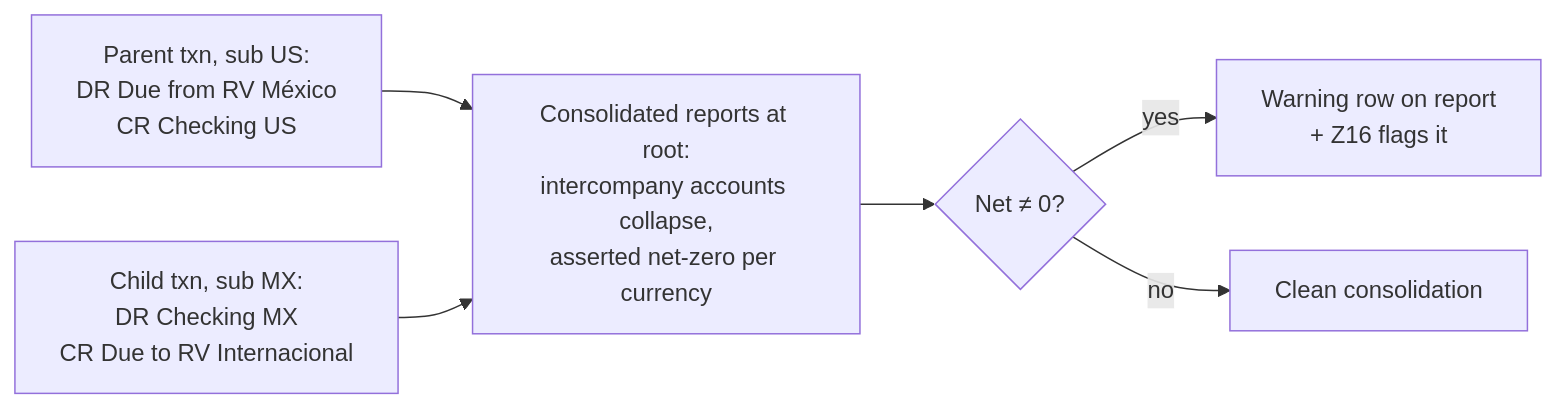
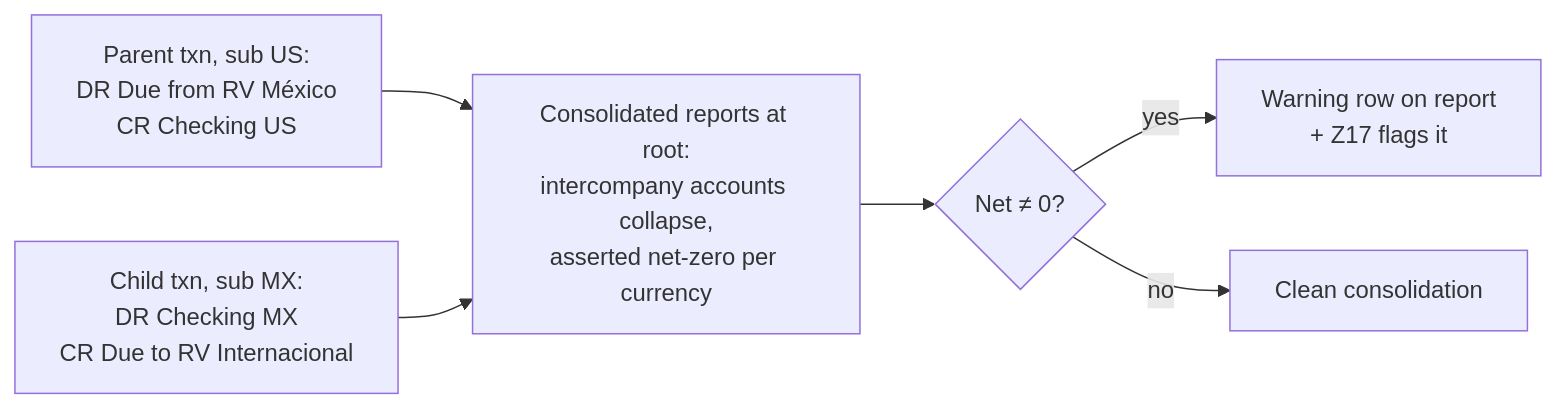
The fifth of 7 diagrams in PLAN.md (epiphenomena/cuento), drawn with Mermaid before and after one commit. The commit also changed other lines of this file and 1 other file, not shown here.

````diff
--- a/PLAN.md
+++ b/PLAN.md
@@ -593,8 +643,8 @@
 ```mermaid
 flowchart LR
   A[Parent txn, sub US:<br/>DR Due from RV México<br/>CR Checking US] --> C
   B[Child txn, sub MX:<br/>DR Checking MX<br/>CR Due to RV Internacional] --> C
   C[Consolidated reports at root:<br/>intercompany accounts collapse,<br/>asserted net-zero per currency] --> D{Net ≠ 0?}
-  D -- yes --> E[Warning row on report<br/>+ Z16 flags it]
+  D -- yes --> E[Warning row on report<br/>+ Z17 flags it]
   D -- no --> F[Clean consolidation]
 ```
````
